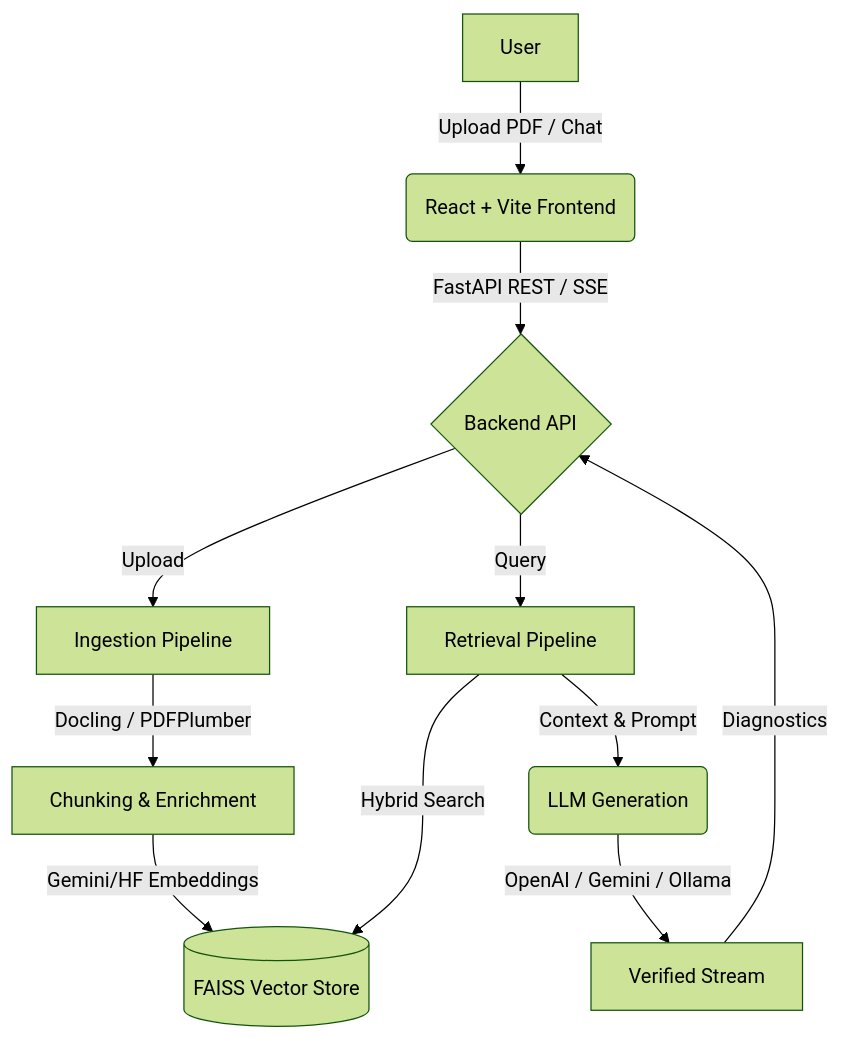
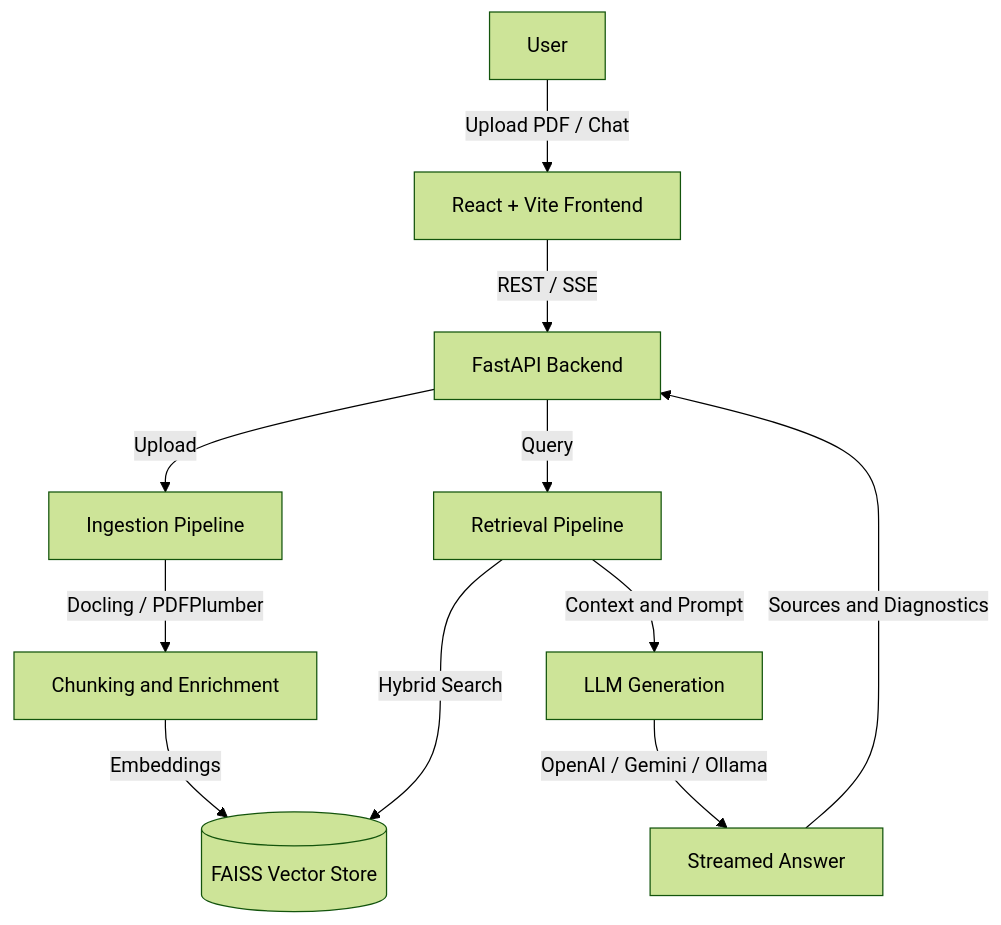
One commit to Somendran/enterprise-rag-assistant changed the diagram in README.md. Above: the diagram before and after it, drawn with Mermaid (forest theme). The commit also changed other lines of this file and 18 other files, not shown here.

First line of the commit message:
feat: Enhance backend API with security and upload validation

````diff
--- a/README.md
+++ b/README.md
@@ -28,15 +19,13 @@
 ```mermaid
 graph TD
-    A[User] -->|Upload PDF / Chat| B(React + Vite Frontend)
-    B -->|FastAPI REST / SSE| C{Backend API}
+    A[User] -->|Upload PDF / Chat| B[React + Vite Frontend]
+    B -->|REST / SSE| C[FastAPI Backend]
     C -->|Upload| D[Ingestion Pipeline]
     C -->|Query| E[Retrieval Pipeline]
-    
-    D -->|Docling / PDFPlumber| F[Chunking & Enrichment]
-    F -->|Gemini/HF Embeddings| G[(FAISS Vector Store)]
-    
+    D -->|Docling / PDFPlumber| F[Chunking and Enrichment]
+    F -->|Embeddings| G[(FAISS Vector Store)]
     E -->|Hybrid Search| G
-    E -->|Context & Prompt| H(LLM Generation)
-    H -->|OpenAI / Gemini / Ollama| I[Verified Stream]
-    I -->|Diagnostics| C
+    E -->|Context and Prompt| H[LLM Generation]
+    H -->|OpenAI / Gemini / Ollama| I[Streamed Answer]
+    I -->|Sources and Diagnostics| C
 ```
````
